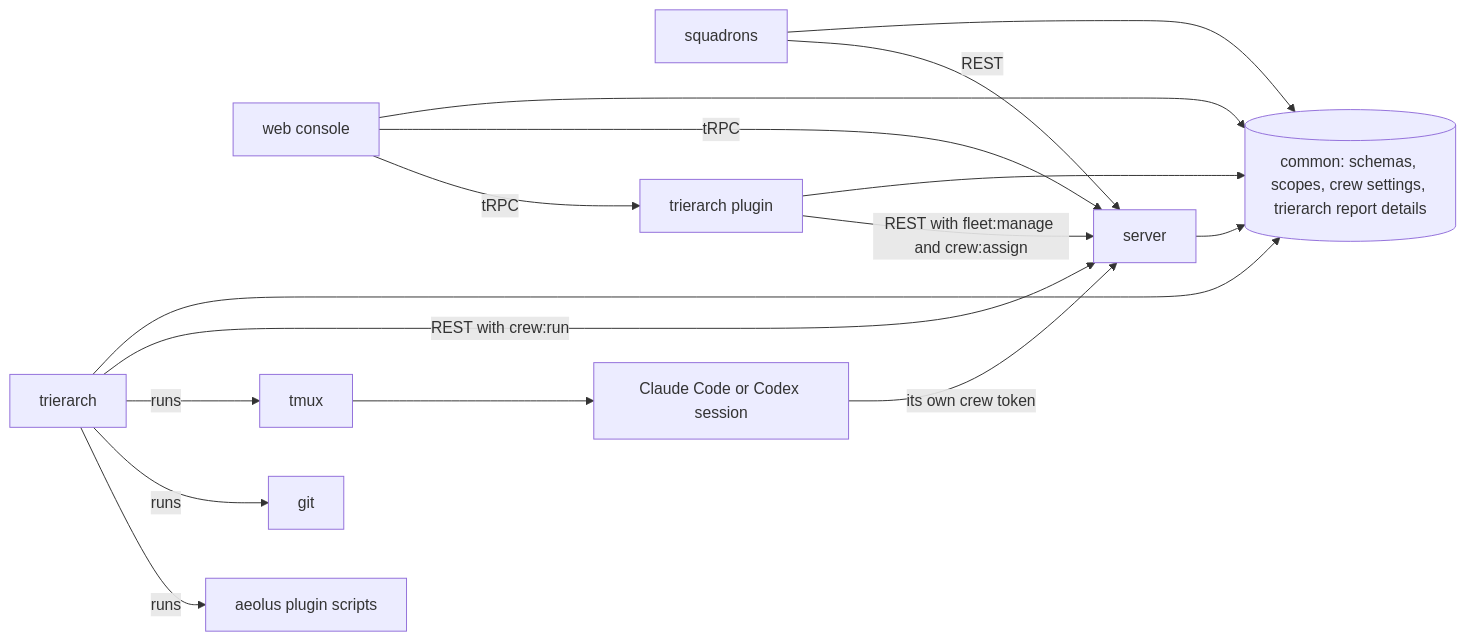
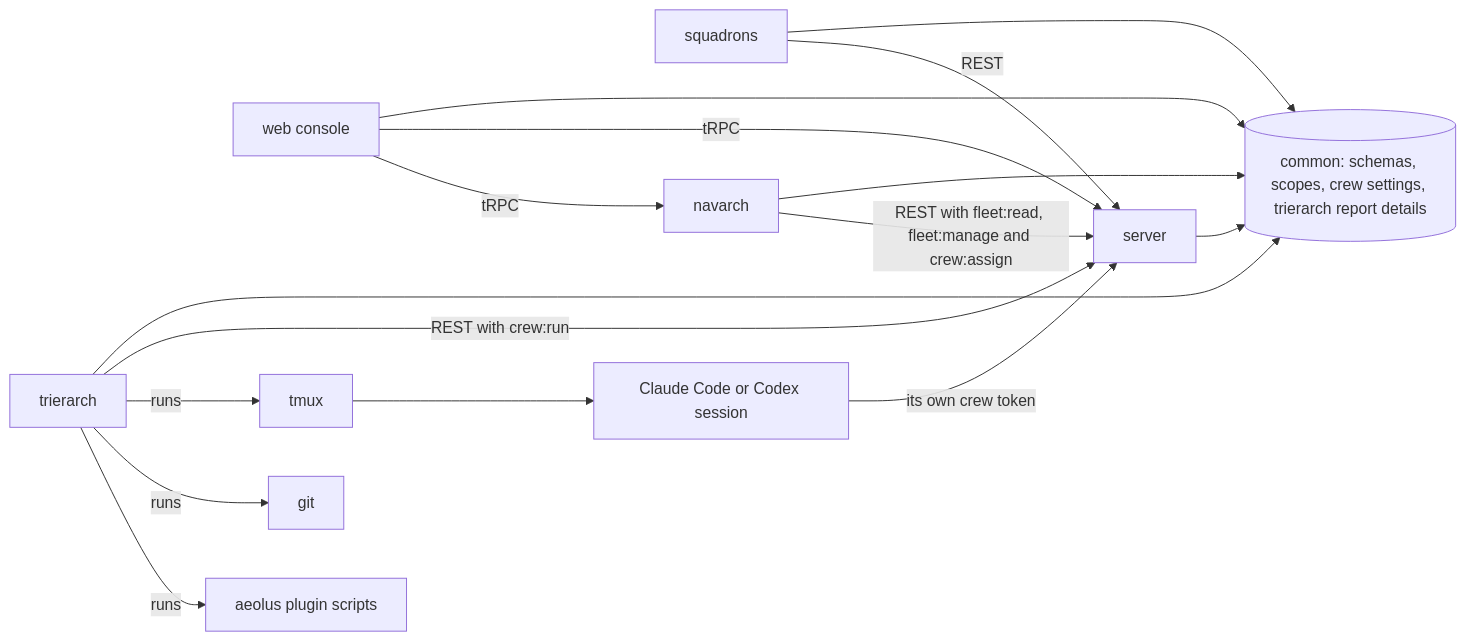
The sixth of 6 diagrams in docs/architecture.md (ThomasHendrickx/aeolus-fleet), drawn with Mermaid before and after one commit. The commit also changed other lines of this file and 9 other files, not shown here.

First line of the commit message:
docs(navarch): move Thomas's answers to the trierarch questions into the docs

````diff
--- a/docs/architecture.md
+++ b/docs/architecture.md
@@ -342,19 +342,19 @@
 ```mermaid
 flowchart LR
   common[(common: schemas, scopes, crew settings, trierarch report details)]
   server[server] --> common
   web[web console] --> common
   squadrons[squadrons] --> common
-  plugin[trierarch plugin] --> common
+  navarch[navarch] --> common
   trierarch[trierarch] --> common
   web -- tRPC --> server
-  web -- tRPC --> plugin
+  web -- tRPC --> navarch
   squadrons -- REST --> server
-  plugin -- REST with fleet:manage and crew:assign --> server
+  navarch -- REST with fleet:read, fleet:manage and crew:assign --> server
   trierarch -- REST with crew:run --> server
   trierarch -- runs --> tmux[tmux]
   trierarch -- runs --> git[git]
   trierarch -- runs --> aeolusplugin[aeolus plugin scripts]
   tmux --> session[Claude Code or Codex session]
   session -- its own crew token --> server
 ```
````
